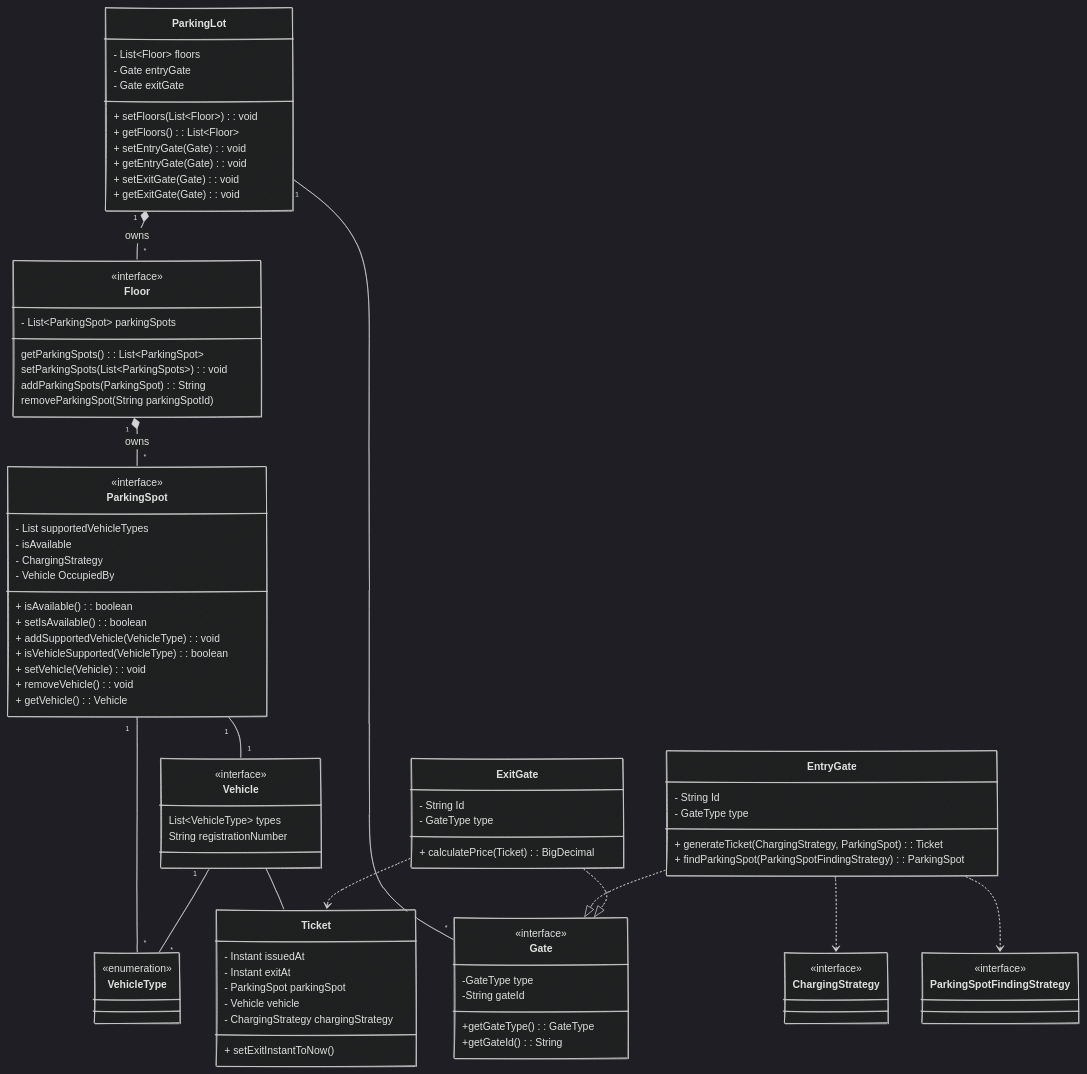
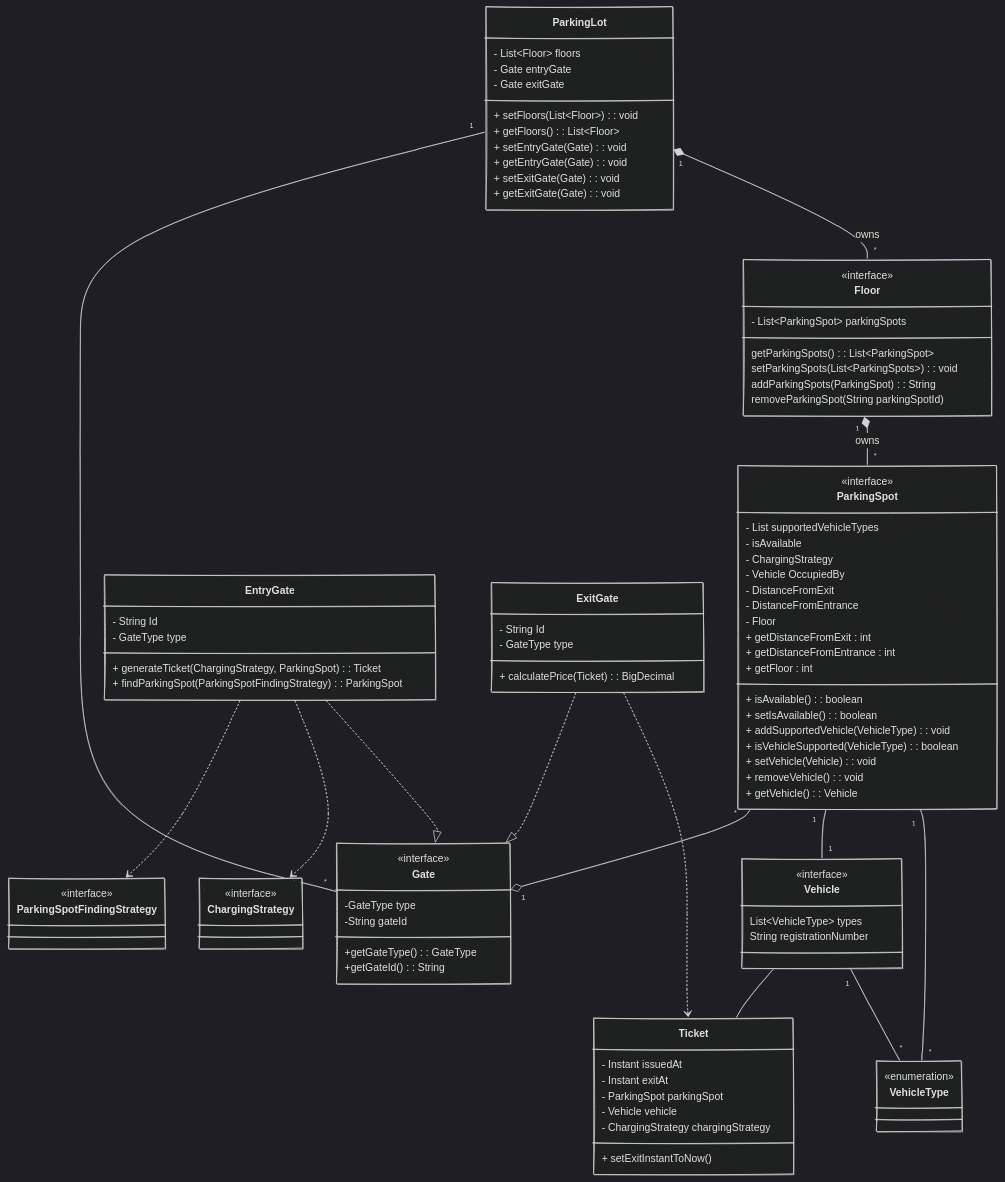
One commit to verma16Ayush/LowLevelDesignJava changed the diagram in src/main/java/com/avr/problems/parkinglot/ParkingLot2.mmd. Above: the diagram before and after it, drawn with Mermaid. The commit also changed 18 other files, not shown here.

```diff
--- a/src/main/java/com/avr/problems/parkinglot/ParkingLot2.mmd
+++ b/src/main/java/com/avr/problems/parkinglot/ParkingLot2.mmd
@@ -1,110 +1,117 @@
 ---
 config:
   theme: dark
   look: handDrawn
 ---
 classDiagram
 class ParkingLot {
     - List~Floor~ floors
     - Gate entryGate
     - Gate exitGate
 
     + setFloors(List~Floor~) : void
     + getFloors() : List~Floor~
     + setEntryGate(Gate) : void
     + getEntryGate(Gate) : void
     + setExitGate(Gate) : void
     + getExitGate(Gate) : void
 }
 
 class Floor {
 <<interface>>
     - List~ParkingSpot~ parkingSpots
 
     getParkingSpots() : List~ParkingSpot~
     setParkingSpots(List~ParkingSpots~) : void
     addParkingSpots(ParkingSpot) : String
     removeParkingSpot(String parkingSpotId)
 }
 
 class ParkingSpot {
 <<interface>>
     - List<VehicleType> supportedVehicleTypes
     - isAvailable
     - ChargingStrategy
     - Vehicle OccupiedBy
+    - DistanceFromExit
+    - DistanceFromEntrance
+    - Floor
 
     + isAvailable() : boolean
     + setIsAvailable() : boolean
     + addSupportedVehicle(VehicleType) : void
     + isVehicleSupported(VehicleType) : boolean
     + setVehicle(Vehicle) : void
     + removeVehicle() : void
     + getVehicle() : Vehicle 
+    + getDistanceFromExit : int
+    + getDistanceFromEntrance : int
+    + getFloor : int
 }
 
 class Vehicle {
     <<interface>>
     List~VehicleType~ types
     String registrationNumber
 }
 
 class VehicleType{
     <<enumeration>> 
 }
 
 class Gate {
     <<interface>>
     -GateType type
     -String gateId
 
     +getGateType() : GateType
     +getGateId() : String
 }
 
 class EntryGate {
     - String Id
     - GateType type
 
     + generateTicket(ChargingStrategy, ParkingSpot) : Ticket
     + findParkingSpot(ParkingSpotFindingStrategy) : ParkingSpot
 }
 
 class ExitGate {
     - String Id
     - GateType type
 
     + calculatePrice(Ticket) : BigDecimal
 
 }
 
 class Ticket {
     - Instant issuedAt
     - Instant exitAt
     - ParkingSpot parkingSpot
     - Vehicle vehicle
     - ChargingStrategy chargingStrategy
 
     + setExitInstantToNow()
 }
 
 class ChargingStrategy {
     <<interface>>
 }
 
 class ParkingSpotFindingStrategy {
     <<interface>> 
 }
 
 ParkingLot"1" *-- "*"Floor: owns
 Floor"1" *-- "*"ParkingSpot: owns
 ParkingSpot"1" -- "*"VehicleType
 ParkingSpot"1" -- "1"Vehicle
 Vehicle"1" -- "*"VehicleType
 ParkingLot"1" -- "*"Gate
 Vehicle -- Ticket
 EntryGate ..|> Gate
 EntryGate ..> ChargingStrategy
 EntryGate ..> ParkingSpotFindingStrategy
 ExitGate ..> Ticket
 ExitGate ..|> Gate
+ParkingSpot"*" --o "1"Gate 
```
